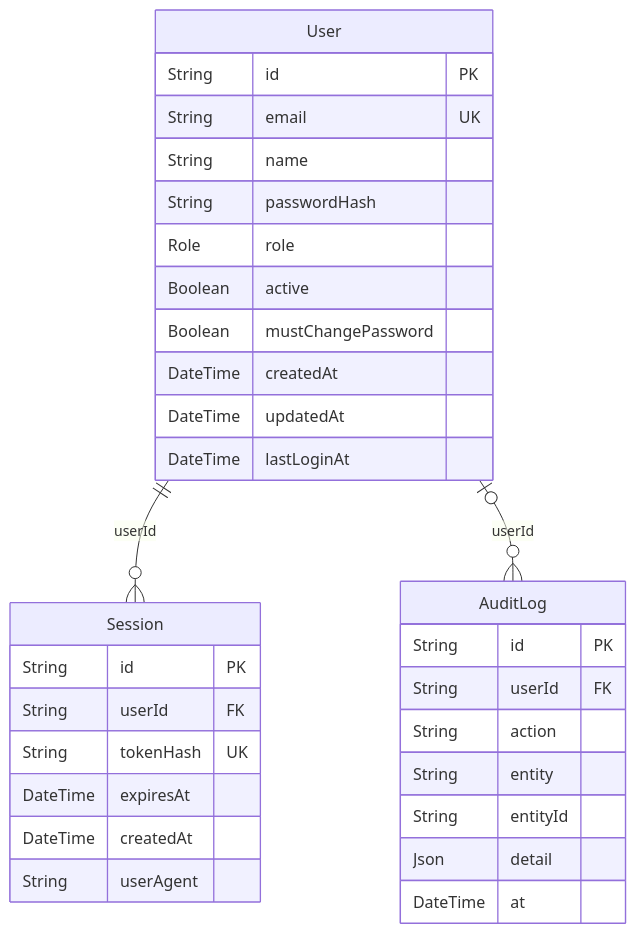
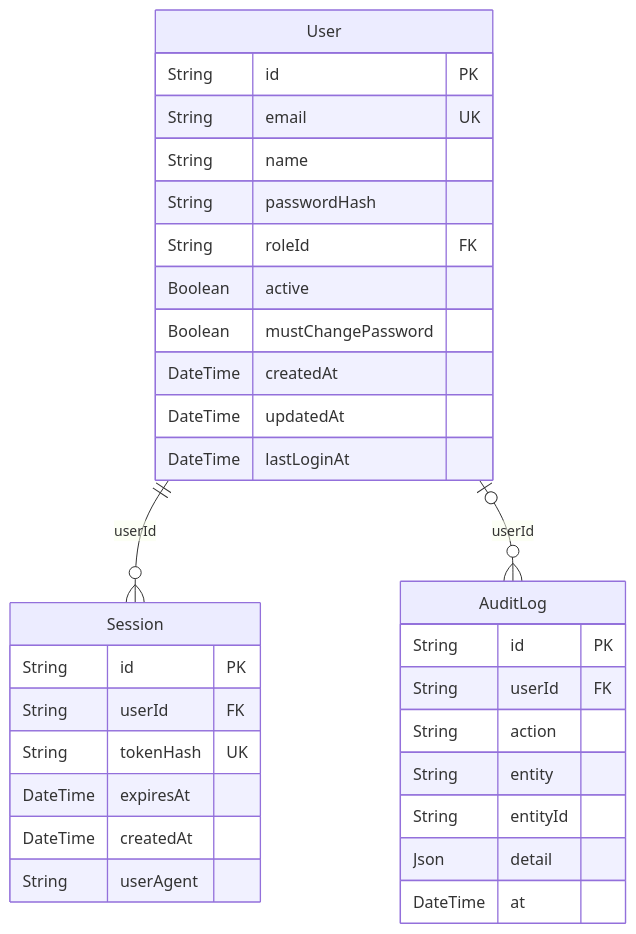
The diagram in docs/entrega/diagramas/der-acceso-y-auditoria.mmd (IFTS29-TalentoTech/ifts2-plataforma), drawn with Mermaid before and after one commit. The commit also changed 5 other files, not shown here.

```diff
--- a/docs/entrega/diagramas/der-acceso-y-auditoria.mmd
+++ b/docs/entrega/diagramas/der-acceso-y-auditoria.mmd
@@ -1,34 +1,34 @@
 %% Generado por scripts/docs/prisma-to-docs.mjs desde prisma/schema.prisma. No editar a mano.
 %% Acceso y auditoría
 erDiagram
   User {
     String id PK
     String email UK
     String name
     String passwordHash
-    Role role
+    String roleId FK
     Boolean active
     Boolean mustChangePassword
     DateTime createdAt
     DateTime updatedAt
     DateTime lastLoginAt
   }
   Session {
     String id PK
     String userId FK
     String tokenHash UK
     DateTime expiresAt
     DateTime createdAt
     String userAgent
   }
   AuditLog {
     String id PK
     String userId FK
     String action
     String entity
     String entityId
     Json detail
     DateTime at
   }
   User ||--o{ Session : "userId"
   User |o--o{ AuditLog : "userId"
```
